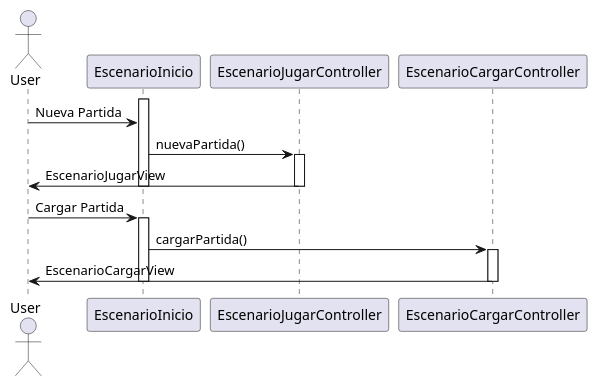
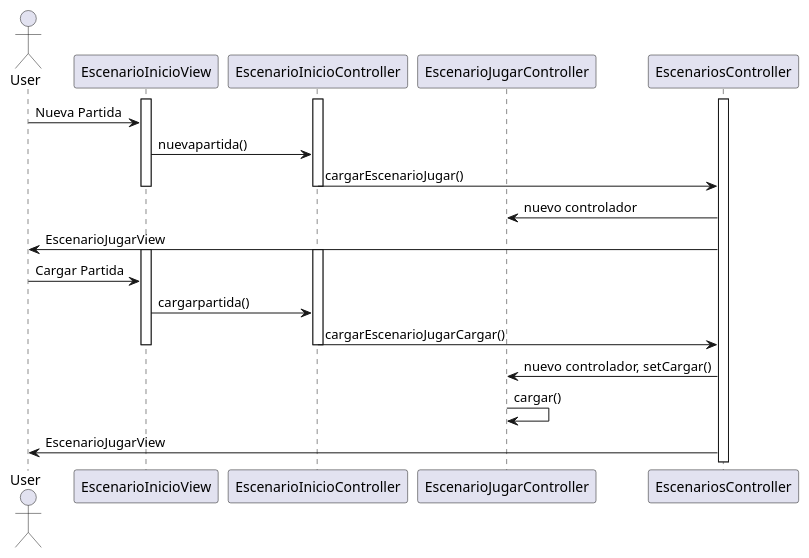
The diagram in DiagramasSecuencias/diagramaSecuenciaInicio.puml (danielarojast11/PracticaFinal), drawn with PlantUML before and after one commit. The commit also changed 12 other files, not shown here.

Commit message:
diagramas secuencia

```diff
--- a/DiagramasSecuencias/diagramaSecuenciaInicio.puml
+++ b/DiagramasSecuencias/diagramaSecuenciaInicio.puml
@@ -1,28 +1,32 @@
 @startuml
 'https://plantuml.com/sequence-diagram
 
 actor User
-participant EscenarioInicio
+participant EscenarioInicioView
+participant EscenarioInicioController
 participant EscenarioJugarController
-participant EscenarioCargarController
+participant EscenariosController
 
-activate EscenarioInicio
-User -> EscenarioInicio: Nueva Partida
+activate EscenariosController
+activate EscenarioInicioView
+activate EscenarioInicioController
+User -> EscenarioInicioView: Nueva Partida
+EscenarioInicioView->EscenarioInicioController: nuevapartida()
+EscenarioInicioController->EscenariosController: cargarEscenarioJugar()
+deactivate EscenarioInicioController
+deactivate EscenarioInicioView
+EscenariosController->EscenarioJugarController: nuevo controlador
+EscenariosController->User: EscenarioJugarView
 
+activate EscenarioInicioView
+activate EscenarioInicioController
+User -> EscenarioInicioView: Cargar Partida
+EscenarioInicioView->EscenarioInicioController: cargarpartida()
+EscenarioInicioController->EscenariosController: cargarEscenarioJugarCargar()
+deactivate EscenarioInicioController
+deactivate EscenarioInicioView
+EscenariosController->EscenarioJugarController: nuevo controlador, setCargar()
+EscenarioJugarController->EscenarioJugarController: cargar()
+EscenariosController->User: EscenarioJugarView
 
-EscenarioInicio -> EscenarioJugarController: nuevaPartida()
-activate EscenarioJugarController
-EscenarioJugarController -> User: EscenarioJugarView
-deactivate EscenarioInicio
-deactivate EscenarioJugarController
-
-User -> EscenarioInicio: Cargar Partida
-activate EscenarioInicio
-EscenarioInicio -> EscenarioCargarController: cargarPartida()
-activate EscenarioCargarController
-EscenarioCargarController -> User: EscenarioCargarView
-deactivate EscenarioCargarController
-
-deactivate EscenarioInicio
-deactivate EscenarioCargarController
 @enduml
```
